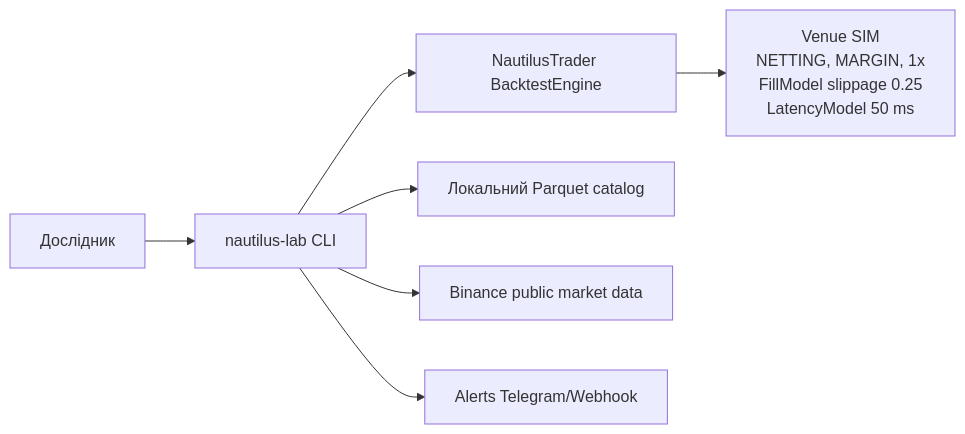
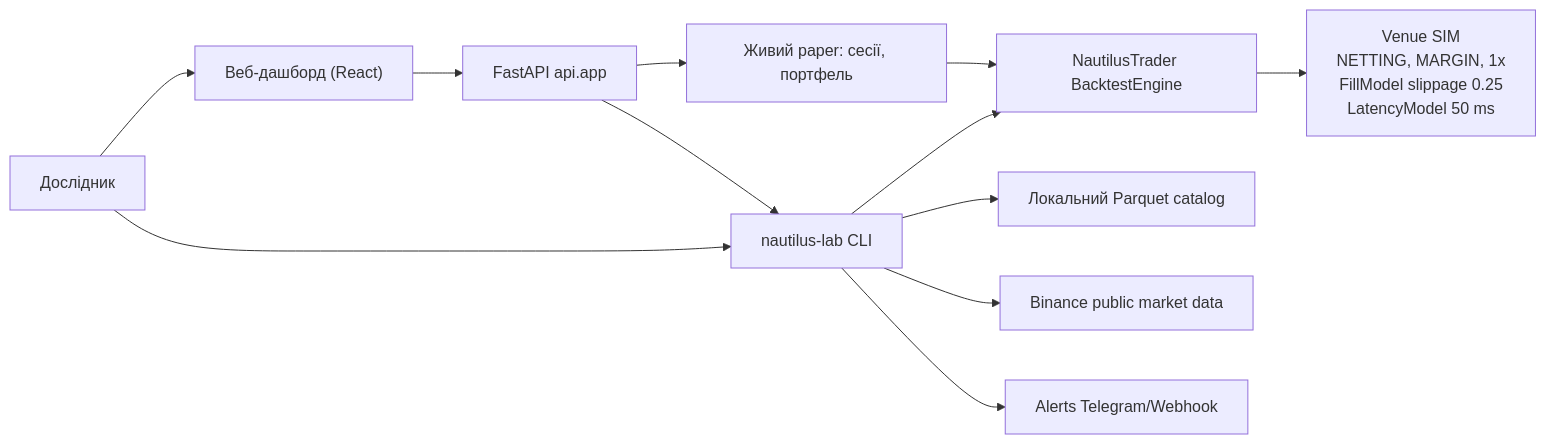
The second of 3 diagrams in docs/uml/07-deployment.md (VolodymyrDominion12/nautilus-lab), drawn with Mermaid before and after one commit. The commit also changed other lines of this file and 30 other files, not shown here.

````diff
--- a/docs/uml/07-deployment.md
+++ b/docs/uml/07-deployment.md
@@ -48,9 +72,14 @@
 ```mermaid
 flowchart LR
     user["Дослідник"] --> lab["nautilus-lab CLI"]
+    user --> dash["Веб-дашборд (React)"]
+    dash --> apisrv["FastAPI api.app"]
+    apisrv --> lab
+    apisrv --> livepaper["Живий paper: сесії, портфель"]
     lab --> nt["NautilusTrader BacktestEngine"]
+    livepaper --> nt
     lab --> fs["Локальний Parquet catalog"]
     lab --> binance["Binance public market data"]
     lab --> notify["Alerts Telegram/Webhook"]
     nt --> sim["Venue SIM<br/>NETTING, MARGIN, 1x<br/>FillModel slippage 0.25<br/>LatencyModel 50 ms"]
 ```
````
